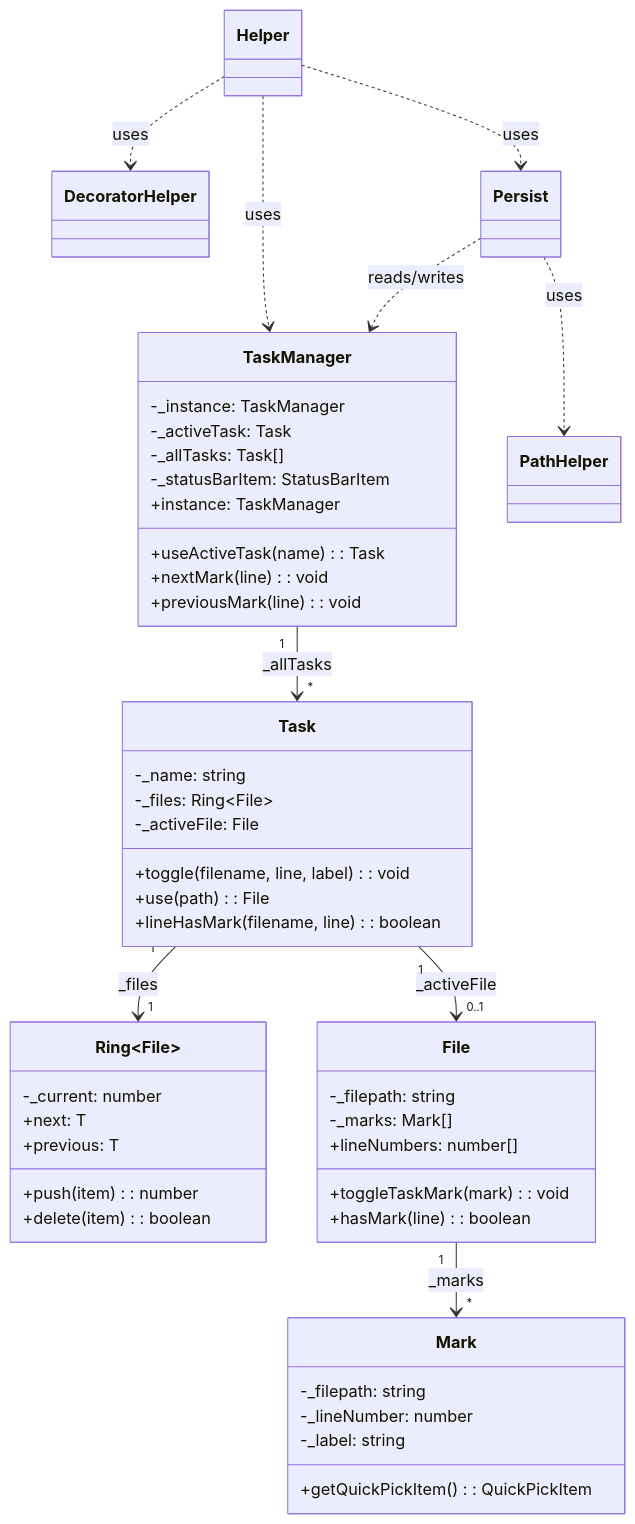
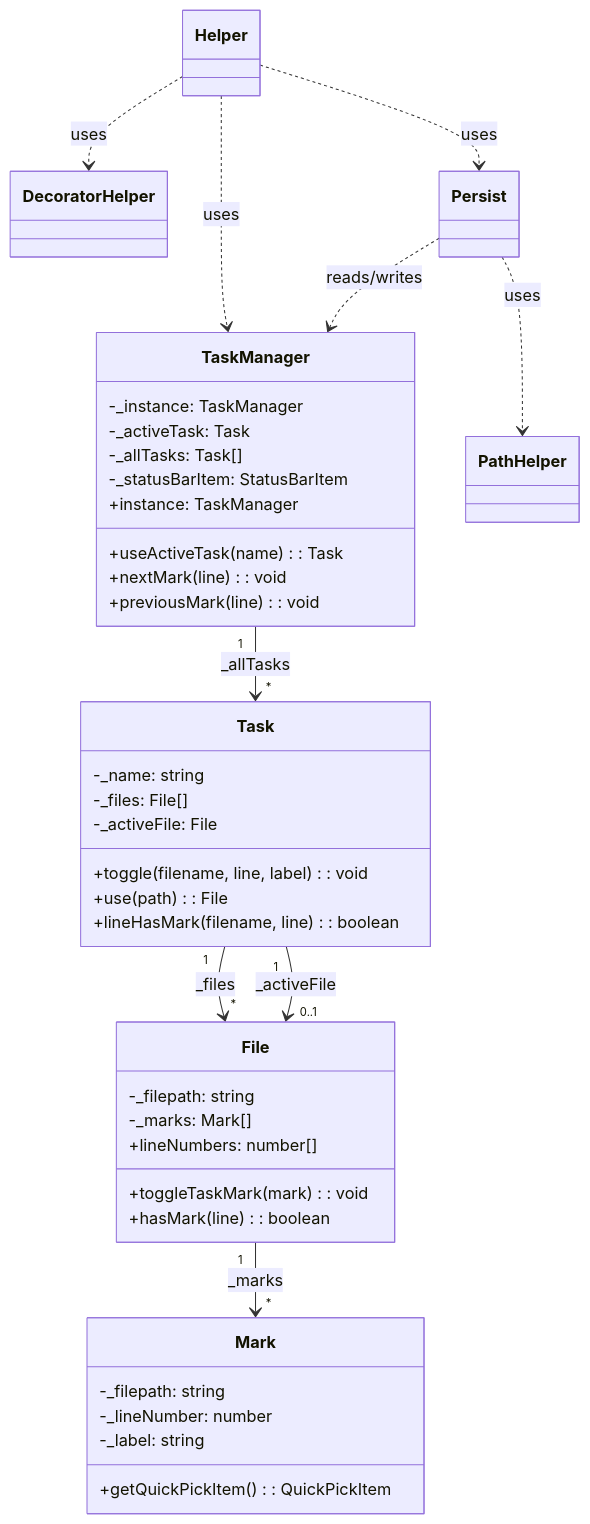
One commit to norbertK/taskmarks changed the first of 5 diagrams in docu/ARCHITECTURE.md. Above: the diagram before and after it, drawn with Mermaid. The commit also changed other lines of this file and 12 other files, not shown here.

````diff
--- a/docu/ARCHITECTURE.md
+++ b/docu/ARCHITECTURE.md
@@ -45,57 +44,49 @@
 ```mermaid
 classDiagram
     TaskManager "1" --> "*" Task : _allTasks
-    Task "1" --> "1" Ring~File~ : _files
+    Task "1" --> "*" File : _files
     Task "1" --> "0..1" File : _activeFile
     File "1" --> "*" Mark : _marks
     
     Helper ..> TaskManager : uses
     Helper ..> DecoratorHelper : uses
     Helper ..> Persist : uses
     
     Persist ..> TaskManager : reads/writes
     Persist ..> PathHelper : uses
     
     class TaskManager {
         -_instance: TaskManager
         -_activeTask: Task
         -_allTasks: Task[]
         -_statusBarItem: StatusBarItem
         +instance: TaskManager
         +useActiveTask(name): Task
         +nextMark(line): void
         +previousMark(line): void
     }
     
     class Task {
         -_name: string
-        -_files: Ring~File~
+        -_files: File[]
         -_activeFile: File
         +toggle(filename, line, label): void
         +use(path): File
         +lineHasMark(filename, line): boolean
     }
     
     class File {
         -_filepath: string
         -_marks: Mark[]
         +toggleTaskMark(mark): void
         +hasMark(line): boolean
         +lineNumbers: number[]
     }
     
     class Mark {
         -_filepath: string
         -_lineNumber: number
         -_label: string
         +getQuickPickItem(): QuickPickItem
     }
-    
-    class Ring~T~ {
-        -_current: number
-        +next: T
-        +previous: T
-        +push(item): number
-        +delete(item): boolean
-    }
 ```
````
